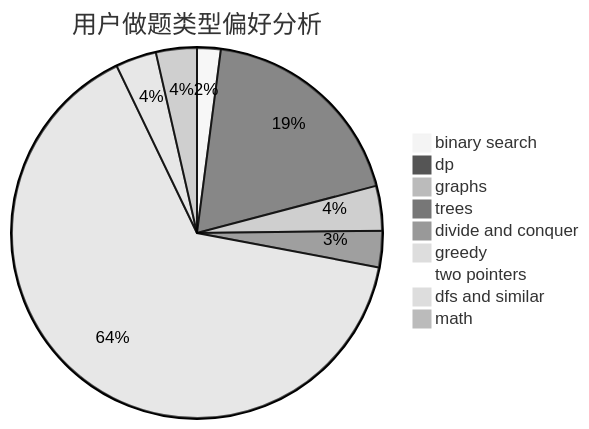
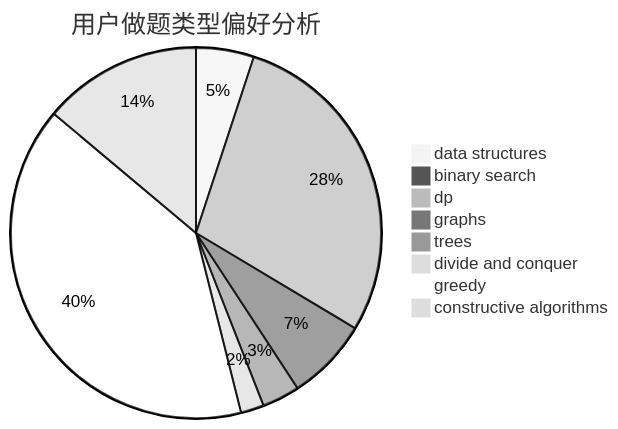
One commit to sherpahu/cfrs.github.io changed the second of 3 diagrams in docs/user/u105.md. Above: the diagram before and after it, drawn with Mermaid (neutral theme). The commit also changed other lines of this file and 2775 other files, not shown here.

````diff
--- a/docs/user/u105.md
+++ b/docs/user/u105.md
@@ -23,12 +23,11 @@
 ```mermaid
 pie title 用户做题类型偏好分析
-    "binary search" :  37
-    "dp" :  338
-    "graphs" :  70
-    "trees" :  57
-    "divide and conquer" :  18
-    "greedy" :  1164
-    "two pointers" :  6
-    "dfs and similar" :  64
-    "math" :  64
+    "data structures" :  40
+    "binary search" :  6
+    "dp" :  226
+    "graphs" :  57
+    "trees" :  26
+    "divide and conquer" :  16
+    "greedy" :  317
+    "constructive algorithms" :  110
 ```
````
